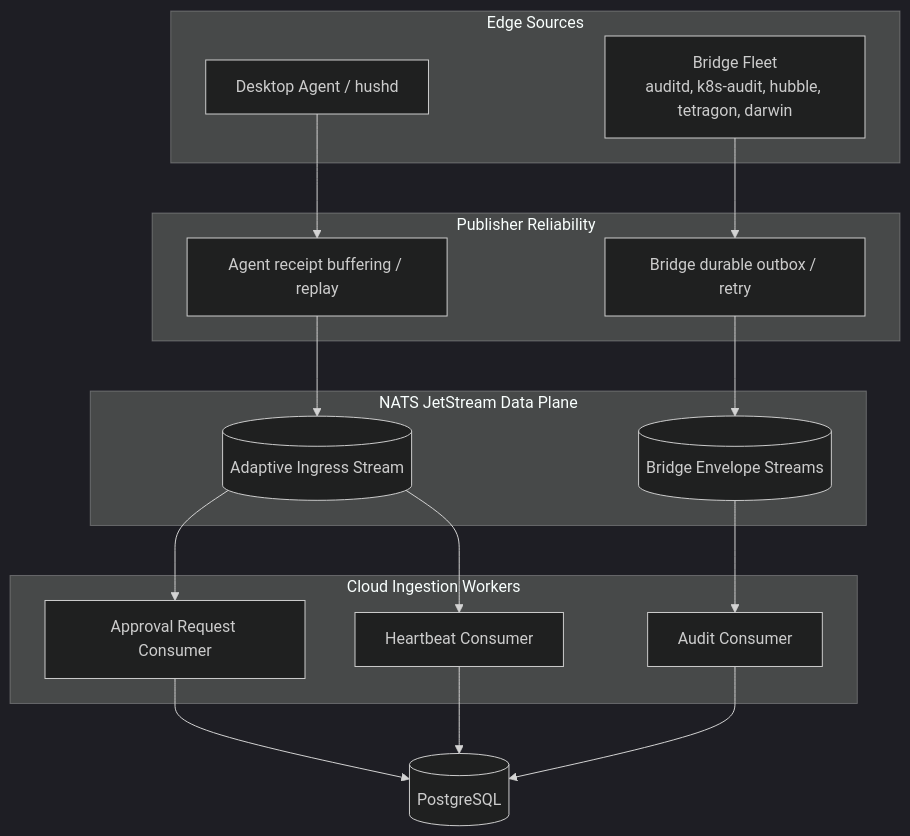
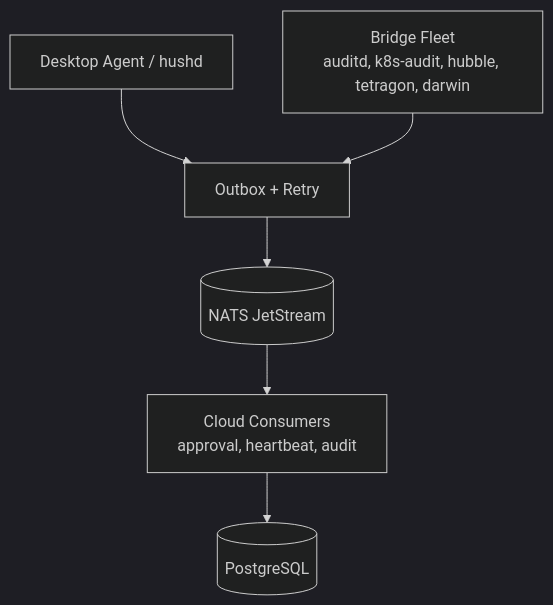
The third of 3 diagrams in README.md (backbay-labs/clawdstrike), drawn with Mermaid (dark theme) before and after one commit. The commit also changed other lines of this file, not shown here.

Commit message:
docs(readme): simplify enterprise architecture diagrams for readability

````diff
--- a/README.md
+++ b/README.md
@@ -740,36 +722,13 @@
 ```mermaid
 flowchart TB
-    subgraph sources ["Edge Sources"]
-        AG[Desktop Agent / hushd]
-        BR[Bridge Fleet<br/>auditd, k8s-audit, hubble, tetragon, darwin]
-    end
-
-    subgraph reliability ["Publisher Reliability"]
-        ABUF[Agent receipt buffering / replay]
-        BOUT[Bridge durable outbox / retry]
-    end
-
-    subgraph nats_data ["NATS JetStream Data Plane"]
-        ING[(Adaptive Ingress Stream)]
-        AUD[(Bridge Envelope Streams)]
-    end
-
-    subgraph cloud_ingest ["Cloud Ingestion Workers"]
-        APPR[Approval Request Consumer]
-        HEART[Heartbeat Consumer]
-        AUDC[Audit Consumer]
-    end
-
+    AGENT[Desktop Agent / hushd]
+    BRIDGES[Bridge Fleet<br/>auditd, k8s-audit, hubble, tetragon, darwin]
+    REL[Outbox + Retry]
+    NATS[(NATS JetStream)]
+    CONS[Cloud Consumers<br/>approval, heartbeat, audit]
     DB[(PostgreSQL)]
 
-    AG --> ABUF --> ING
-    BR --> BOUT --> AUD
-
-    ING --> APPR
-    ING --> HEART
-    AUD --> AUDC
-
-    APPR --> DB
-    HEART --> DB
-    AUDC --> DB
+    AGENT --> REL
+    BRIDGES --> REL
+    REL --> NATS --> CONS --> DB
 ```
````
